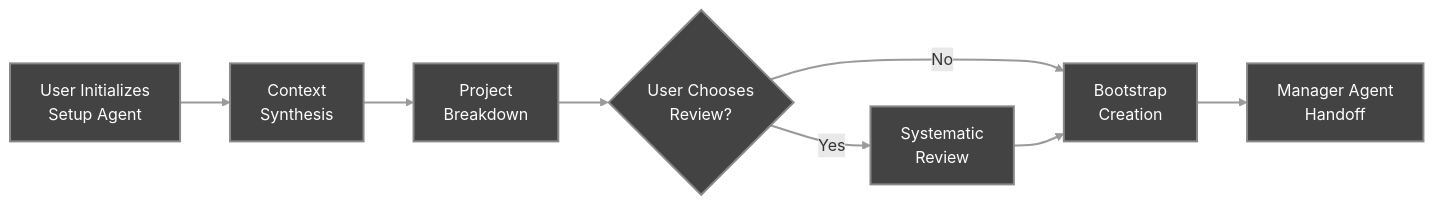
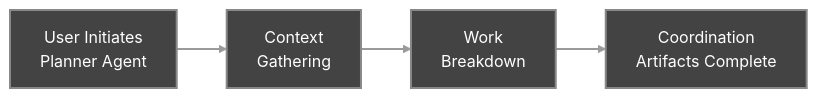
One commit to sdi2200262/agentic-project-management changed the first of 3 diagrams in docs/Workflow_Overview.md. Above: the diagram before and after it, drawn with Mermaid. The commit also changed other lines of this file and 5 other files, not shown here.

````diff
--- a/docs/Workflow_Overview.md
+++ b/docs/Workflow_Overview.md
@@ -22,13 +18,9 @@
 ```mermaid
 graph LR
-    A[User Initializes<br/>Setup Agent] --> C[Context<br/>Synthesis]
-    C --> D[Project<br/>Breakdown]
-    D --> E{User Chooses<br/>Review?}
-    E -->|Yes| F[Systematic<br/>Review]
-    E -->|No| H[Bootstrap<br/>Creation]
-    F --> H
-    H --> I[Manager Agent<br/>Handoff]
-    
+    A[User Initiates<br/>Planner Agent] --> B[Context<br/>Gathering]
+    B --> C[Work<br/>Breakdown]
+    C --> D[Coordination<br/>Artifacts Complete]
+
     classDef default fill:#434343,stroke:#888888,stroke-width:2px,color:#ffffff
     linkStyle default stroke:#9A9A9A,stroke-width:2px
 ```
````
